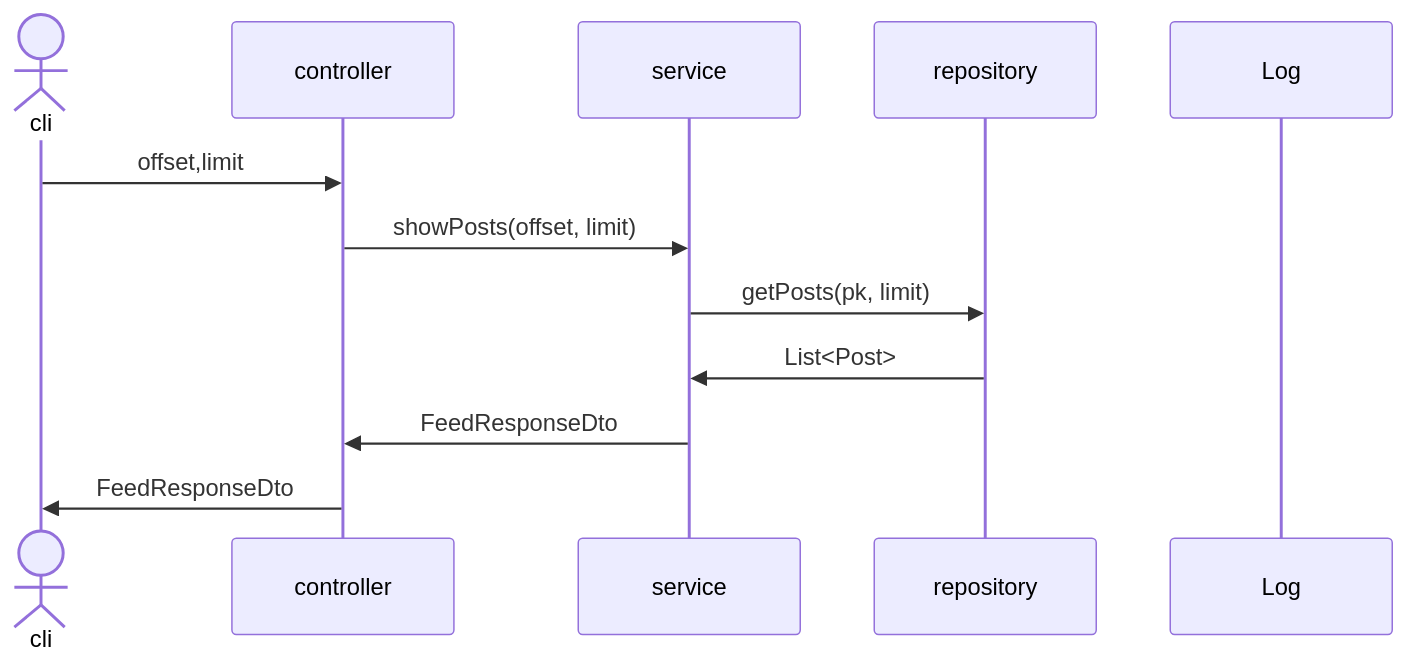
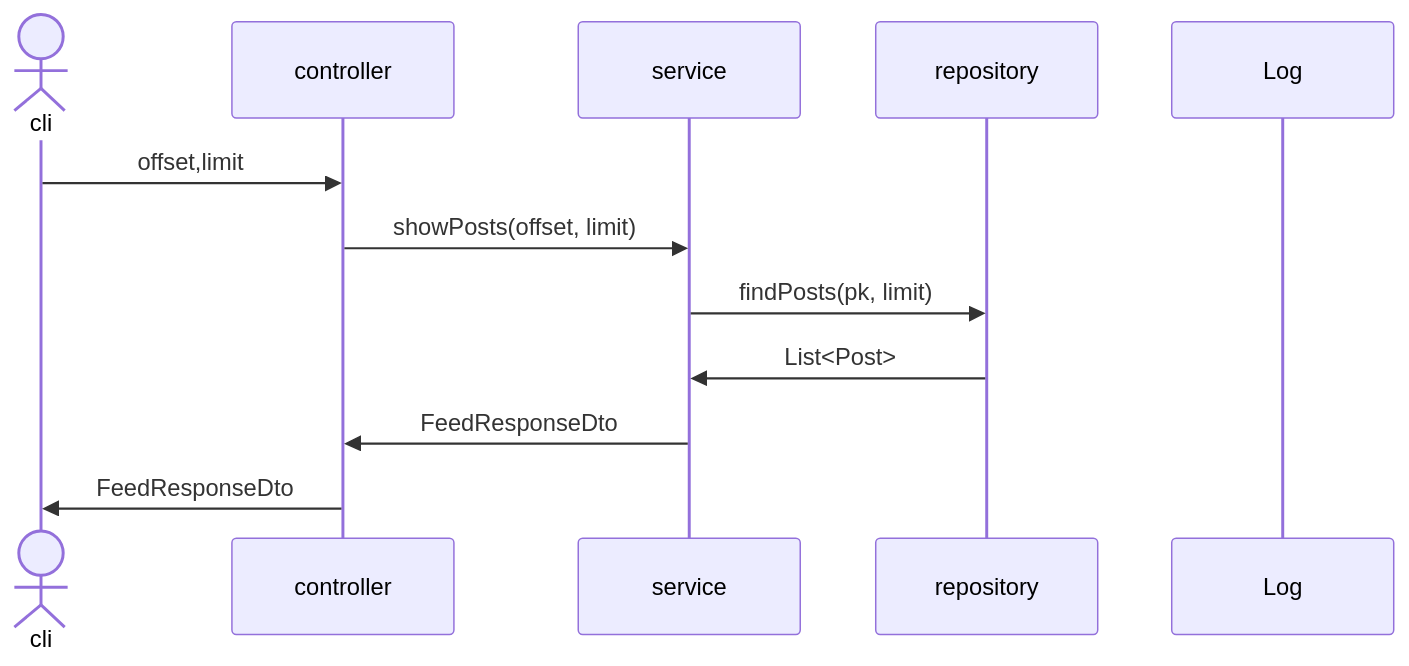
One commit to mtak0235/snsX changed diagram 25 of 27 in sequence.md. Above: the diagram before and after it, drawn with Mermaid. The commit also changed other lines of this file, not shown here.

Commit message:
update searchUserPage & searchByTag sequence diagram

````diff
--- a/sequence.md
+++ b/sequence.md
@@ -498,15 +519,15 @@
 ```mermaid
 sequenceDiagram
 actor cli
 participant c as controller
 participant s as service
 participant r as repository
 participant l as Log
 # 매번 새로운 것을 보여줘야함
 cli->>c: offset,limit
 c->>s: showPosts(offset, limit)
-s->>r: getPosts(pk, limit)
+s->>r: findPosts(pk, limit)
 r->>s: List<Post>
 s->>c: FeedResponseDto
 c->>cli: FeedResponseDto
 ```
````
